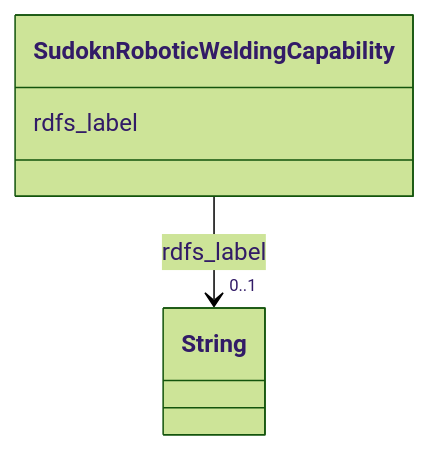
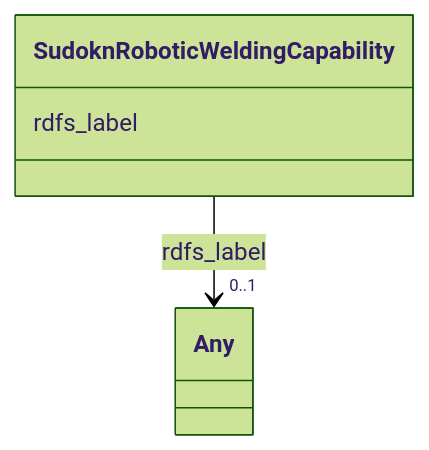
The diagram in sudokn-kg/classes/SudoknRoboticWeldingCapability.md (frink-okn/graph-descriptions), drawn with Mermaid (forest theme) before and after one commit. The commit also changed other lines of this file and 903 other files, not shown here.

````diff
--- a/sudokn-kg/classes/SudoknRoboticWeldingCapability.md
+++ b/sudokn-kg/classes/SudoknRoboticWeldingCapability.md
@@ -23,15 +18,15 @@
 ```mermaid
  classDiagram
     class SudoknRoboticWeldingCapability
     click SudoknRoboticWeldingCapability href "../SudoknRoboticWeldingCapability"
       SudoknRoboticWeldingCapability : rdfs_label
         
           
     
     
-    SudoknRoboticWeldingCapability --> "0..1" String : rdfs_label
-    click String href "../String"
+    SudoknRoboticWeldingCapability --> "0..1" Any : rdfs_label
+    click Any href "../Any"
 
         
       
 ```
````
